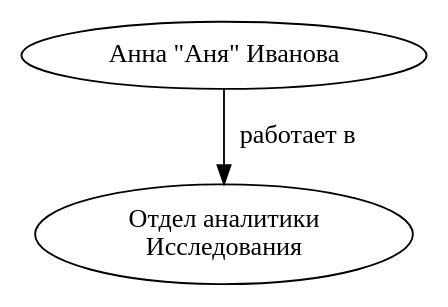
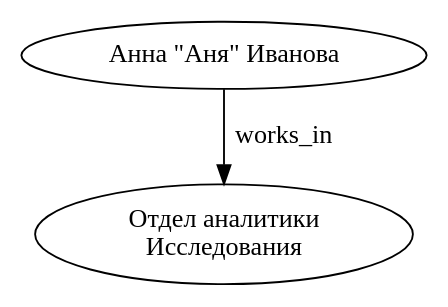
The diagram in examples/dot/valid.dot (0408raku3n/python_project), drawn with Graphviz before and after one commit. The commit also changed 6 other files, not shown here.

```diff
--- a/examples/dot/valid.dot
+++ b/examples/dot/valid.dot
@@ -1,6 +1,6 @@
 digraph "semantic_graph" {
   graph [revision="0", schema_version="1"];
-  "person_1" [label="Анна \"Аня\" Иванова"];
-  "team_1" [label="Отдел аналитики\nИсследования"];
-  "person_1" -> "team_1" [id="edge_1", label="работает в"];
+  "person_1" [label="Анна \"Аня\" Иванова", type="person"];
+  "team_1" [label="Отдел аналитики\nИсследования", type="organization"];
+  "person_1" -> "team_1" [id="edge_1", label="works_in"];
 }
```
